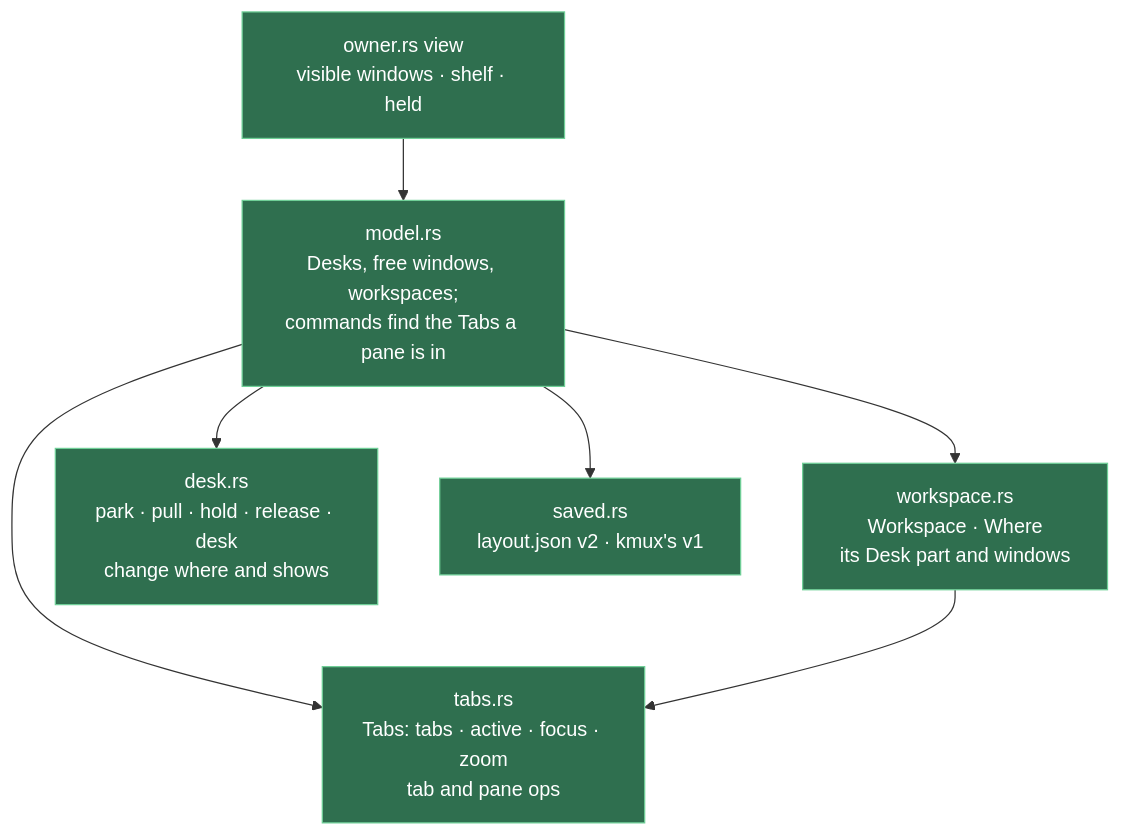
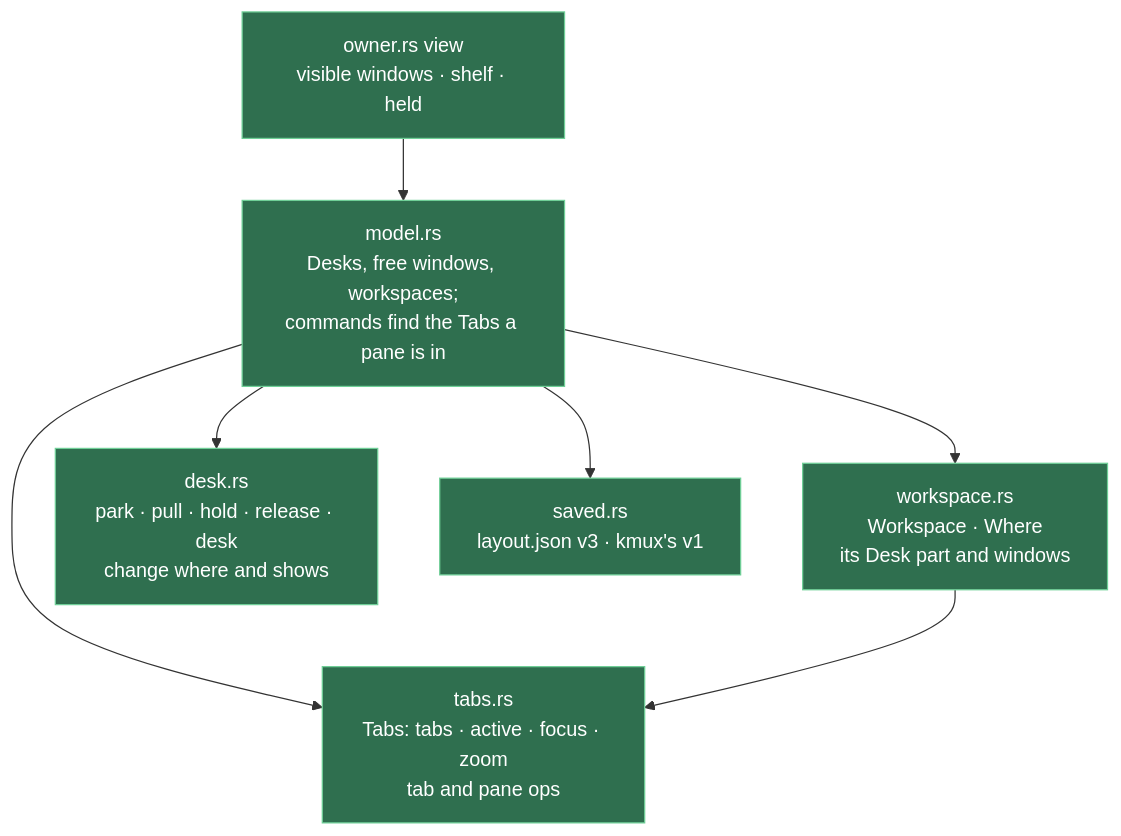
The third of 4 diagrams in docs/specs/workspaces.md (jemdiggity/kanna-v4), drawn with Mermaid before and after one commit. The commit also changed other lines of this file and 37 other files, not shown here.

````diff
--- a/docs/specs/workspaces.md
+++ b/docs/specs/workspaces.md
@@ -164,14 +166,14 @@
 ```mermaid
 flowchart TB
     T["tabs.rs<br/>Tabs: tabs · active · focus · zoom<br/>tab and pane ops"]
     WS["workspace.rs<br/>Workspace · Where<br/>its Desk part and windows"]
     D["desk.rs<br/>park · pull · hold · release · desk<br/>change where and shows"]
     M["model.rs<br/>Desks, free windows, workspaces;<br/>commands find the Tabs a pane is in"]
     O["owner.rs view<br/>visible windows · shelf · held"]
-    S["saved.rs<br/>layout.json v2 · kmux's v1"]
+    S["saved.rs<br/>layout.json v3 · kmux's v1"]
     M --> D & WS & T & S
     WS --> T
     O --> M
     classDef ours fill:#2f6f4f,stroke:#6fcf97,color:#ffffff
     class T,WS,D,M,O,S ours
 ```
````
